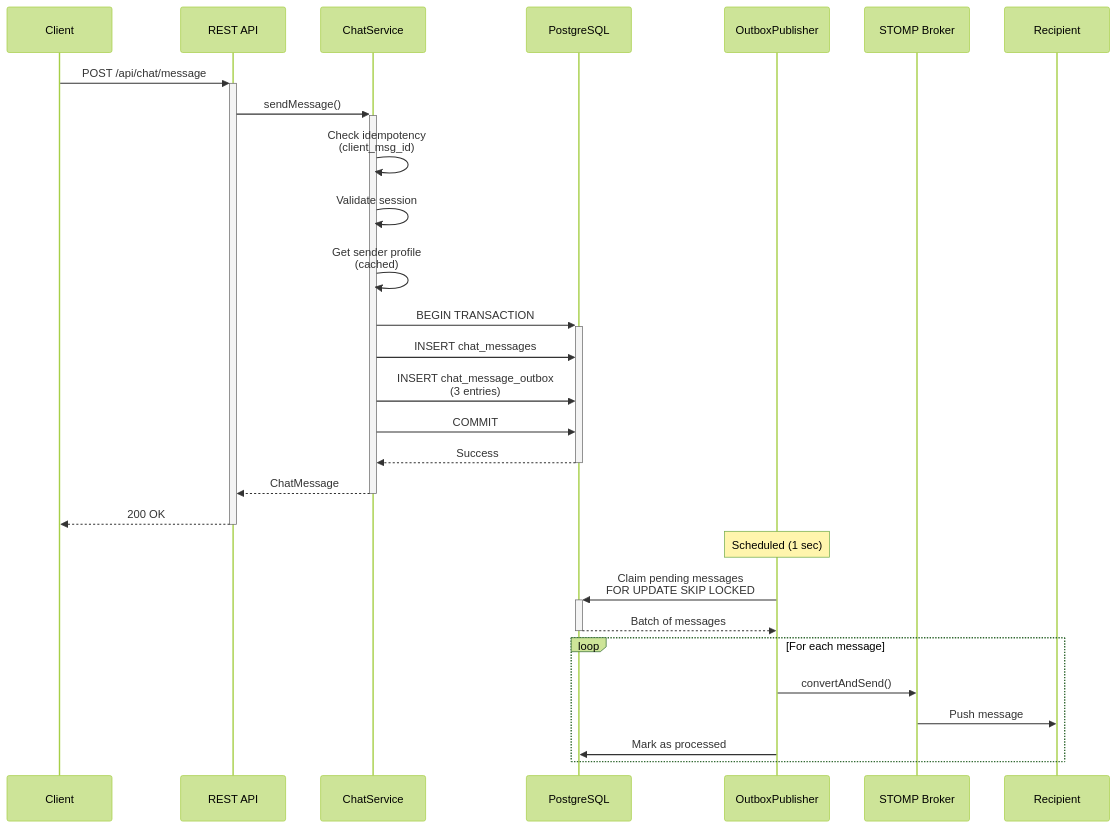
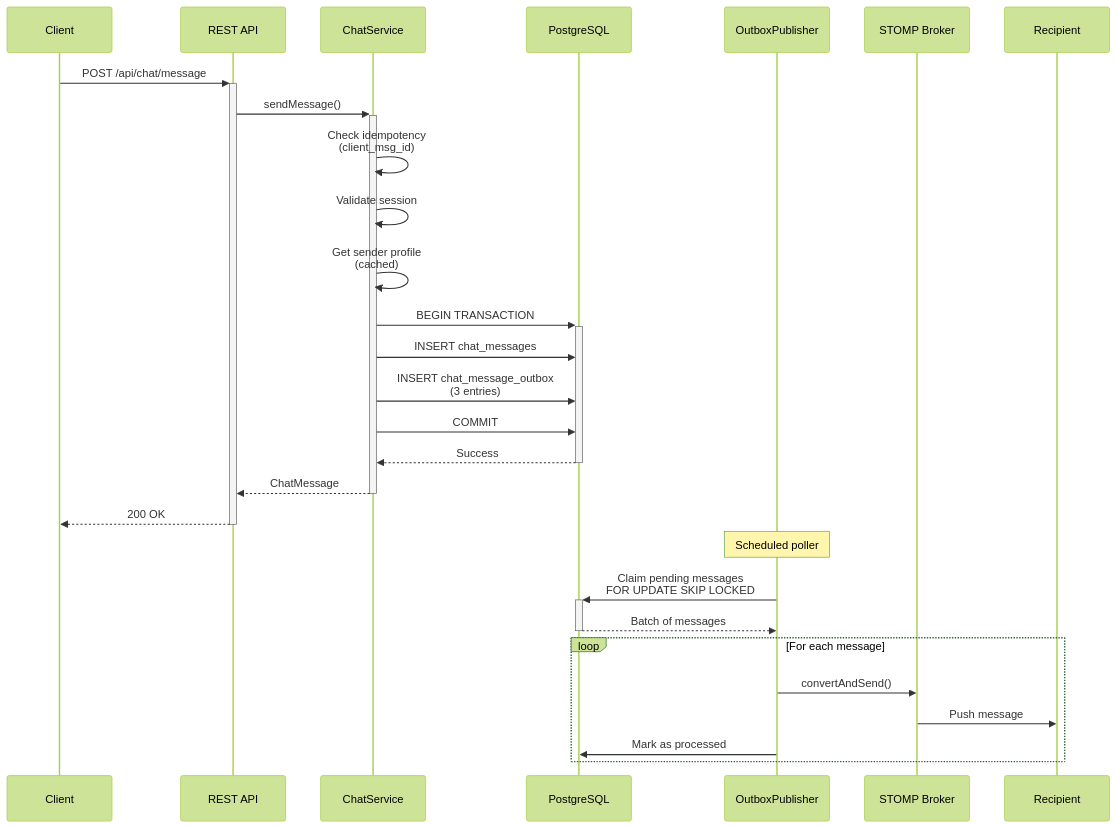
The second of 8 diagrams in docs/HighLevelDesign.md (kagit00/chats), drawn with Mermaid (forest theme) before and after one commit. The commit also changed other lines of this file and 2 other files, not shown here.

````diff
--- a/docs/HighLevelDesign.md
+++ b/docs/HighLevelDesign.md
@@ -105,37 +105,37 @@
 ```mermaid
 sequenceDiagram
     participant Client
     participant API as REST API
     participant Service as ChatService
     participant DB as PostgreSQL
     participant Outbox as OutboxPublisher
     participant STOMP as STOMP Broker
     participant Recipient
     
     Client->>+API: POST /api/chat/message
     API->>+Service: sendMessage()
     
     Service->>Service: Check idempotency<br/>(client_msg_id)
     Service->>Service: Validate session
     Service->>Service: Get sender profile<br/>(cached)
     
     Service->>+DB: BEGIN TRANSACTION
     Service->>DB: INSERT chat_messages
     Service->>DB: INSERT chat_message_outbox<br/>(3 entries)
     Service->>DB: COMMIT
     DB-->>-Service: Success
     
     Service-->>-API: ChatMessage
     API-->>-Client: 200 OK
     
-    Note over Outbox: Scheduled (1 sec)
+    Note over Outbox: Scheduled poller
     
     Outbox->>+DB: Claim pending messages<br/>FOR UPDATE SKIP LOCKED
     DB-->>-Outbox: Batch of messages
     
     loop For each message
         Outbox->>STOMP: convertAndSend()
         STOMP->>Recipient: Push message
         Outbox->>DB: Mark as processed
     end
 ```
````
